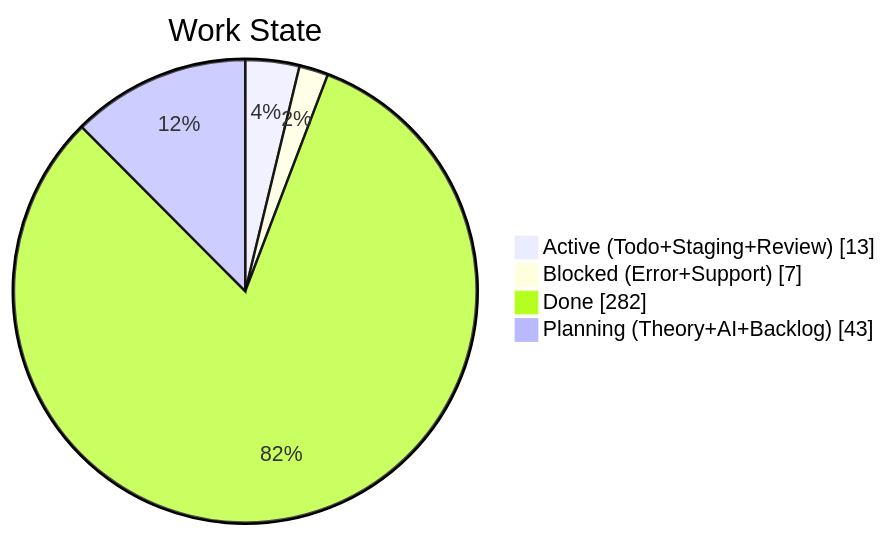
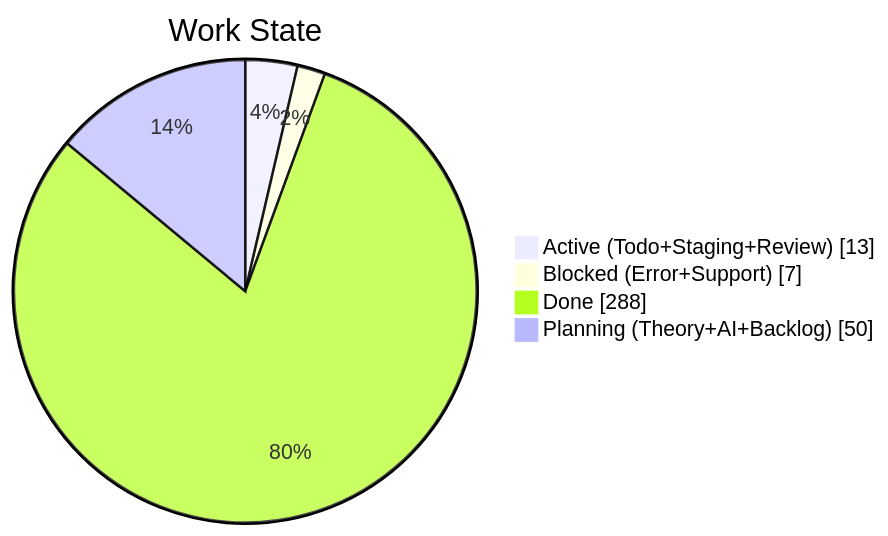
Before and after one commit to KBVE/kbve: the second of 4 diagrams in apps/kbve/astro-kbve/src/content/docs/dashboard/kanban-data.mdx, drawn with Mermaid. The commit also changed other lines of this file and 8 other files, not shown here.

````diff
--- a/apps/kbve/astro-kbve/src/content/docs/dashboard/kanban-data.mdx
+++ b/apps/kbve/astro-kbve/src/content/docs/dashboard/kanban-data.mdx
@@ -68,8 +68,8 @@
 ```mermaid
 pie showData
     title Work State
     "Active (Todo+Staging+Review)" : 13
     "Blocked (Error+Support)" : 7
-    "Done" : 282
-    "Planning (Theory+AI+Backlog)" : 43
+    "Done" : 288
+    "Planning (Theory+AI+Backlog)" : 50
 ```
````
